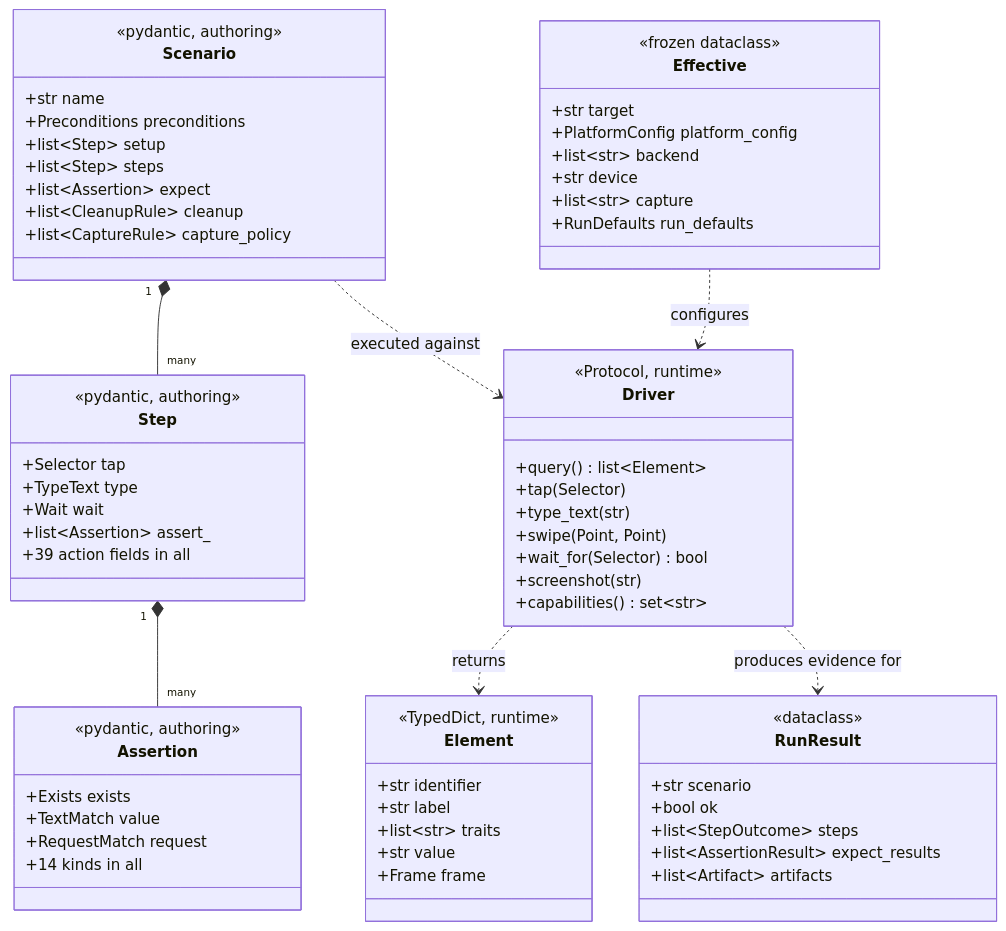
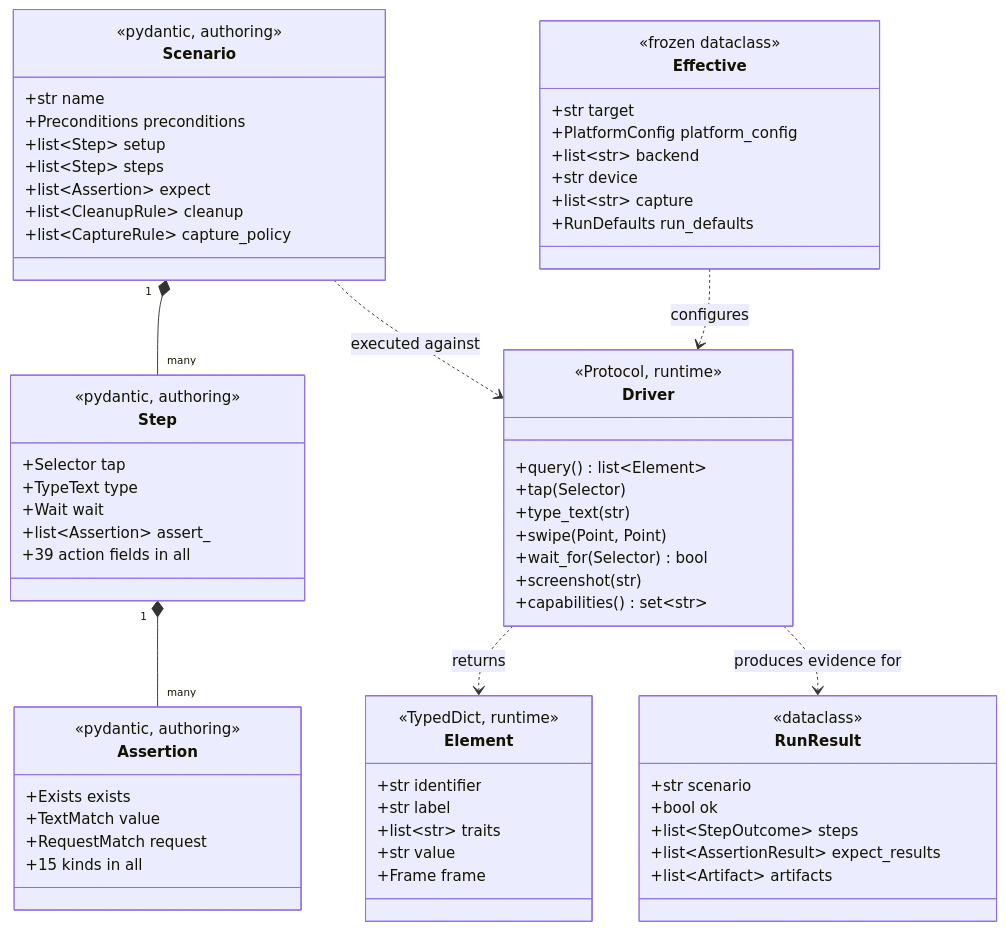
One commit to bajutsu-e2e/bajutsu changed the third of 12 diagrams in docs/developer-guide.md. Above: the diagram before and after it, drawn with Mermaid. The commit also changed other lines of this file and 21 other files, not shown here.

````diff
--- a/docs/developer-guide.md
+++ b/docs/developer-guide.md
@@ -288,70 +288,70 @@
 ```mermaid
 classDiagram
     class Scenario {
         <<pydantic, authoring>>
         +str name
         +Preconditions preconditions
         +list~Step~ setup
         +list~Step~ steps
         +list~Assertion~ expect
         +list~CleanupRule~ cleanup
         +list~CaptureRule~ capture_policy
     }
     class Step {
         <<pydantic, authoring>>
         +Selector tap
         +TypeText type
         +Wait wait
         +list~Assertion~ assert_
         +39 action fields in all
     }
     class Assertion {
         <<pydantic, authoring>>
         +Exists exists
         +TextMatch value
         +RequestMatch request
-        +14 kinds in all
+        +15 kinds in all
     }
     class Driver {
         <<Protocol, runtime>>
         +query() list~Element~
         +tap(Selector)
         +type_text(str)
         +swipe(Point, Point)
         +wait_for(Selector) bool
         +screenshot(str)
         +capabilities() set~str~
     }
     class Element {
         <<TypedDict, runtime>>
         +str identifier
         +str label
         +list~str~ traits
         +str value
         +Frame frame
     }
     class Effective {
         <<frozen dataclass>>
         +str target
         +PlatformConfig platform_config
         +list~str~ backend
         +str device
         +list~str~ capture
         +RunDefaults run_defaults
     }
     class RunResult {
         <<dataclass>>
         +str scenario
         +bool ok
         +list~StepOutcome~ steps
         +list~AssertionResult~ expect_results
         +list~Artifact~ artifacts
     }
 
     Scenario "1" *-- "many" Step
     Step "1" *-- "many" Assertion
     Driver ..> Element : returns
     Scenario ..> Driver : executed against
     Effective ..> Driver : configures
     Driver ..> RunResult : produces evidence for
 ```
````
